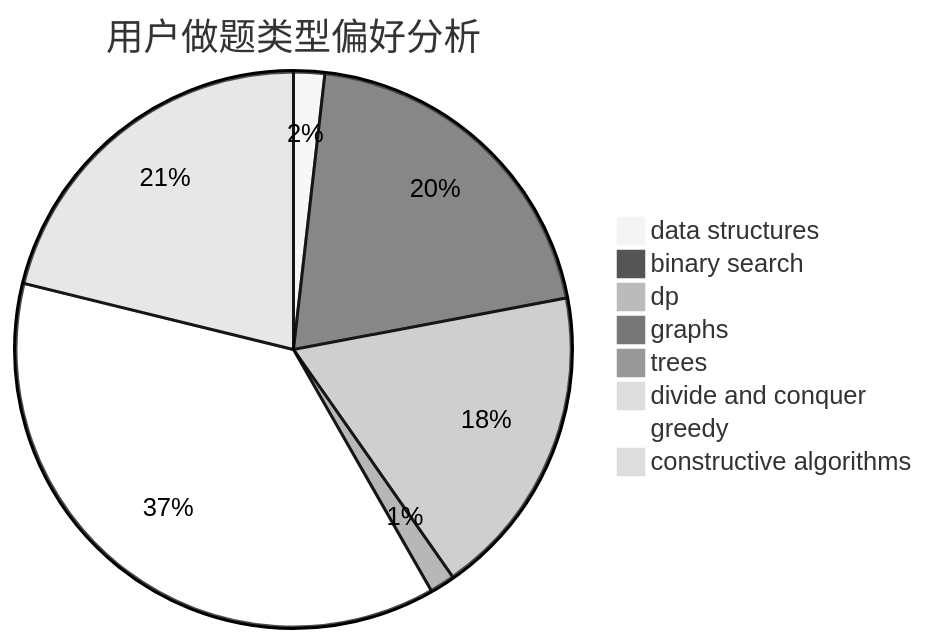
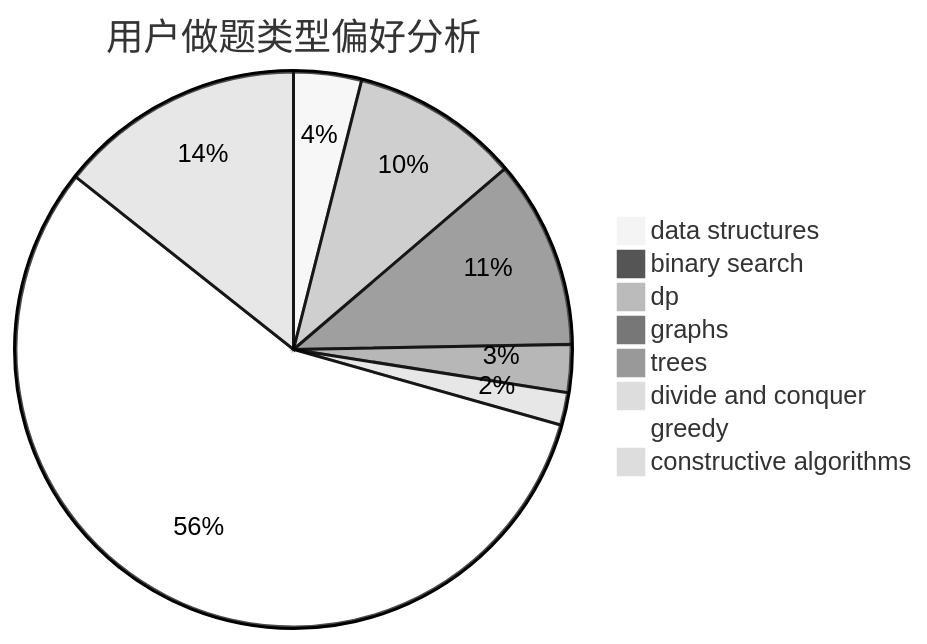
One commit to sherpahu/cfrs.github.io changed the second of 3 diagrams in docs/user/u220.md. Above: the diagram before and after it, drawn with Mermaid (neutral theme). The commit also changed other lines of this file and 2770 other files, not shown here.

````diff
--- a/docs/user/u220.md
+++ b/docs/user/u220.md
@@ -23,11 +23,11 @@
 ```mermaid
 pie title 用户做题类型偏好分析
-    "data structures" :  21
-    "binary search" :  235
-    "dp" :  212
-    "graphs" :  6
-    "trees" :  17
-    "divide and conquer" :  0
-    "greedy" :  431
-    "constructive algorithms" :  246
+    "data structures" :  27
+    "binary search" :  1
+    "dp" :  67
+    "graphs" :  75
+    "trees" :  19
+    "divide and conquer" :  13
+    "greedy" :  385
+    "constructive algorithms" :  98
 ```
````
